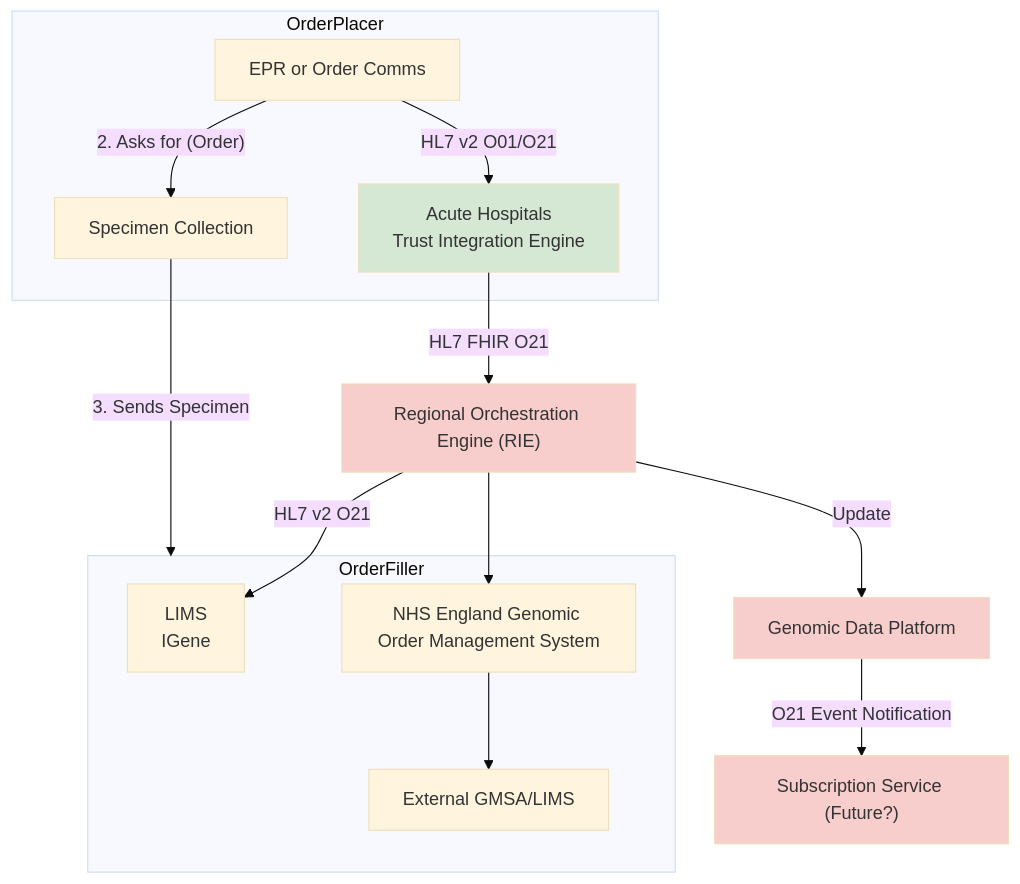
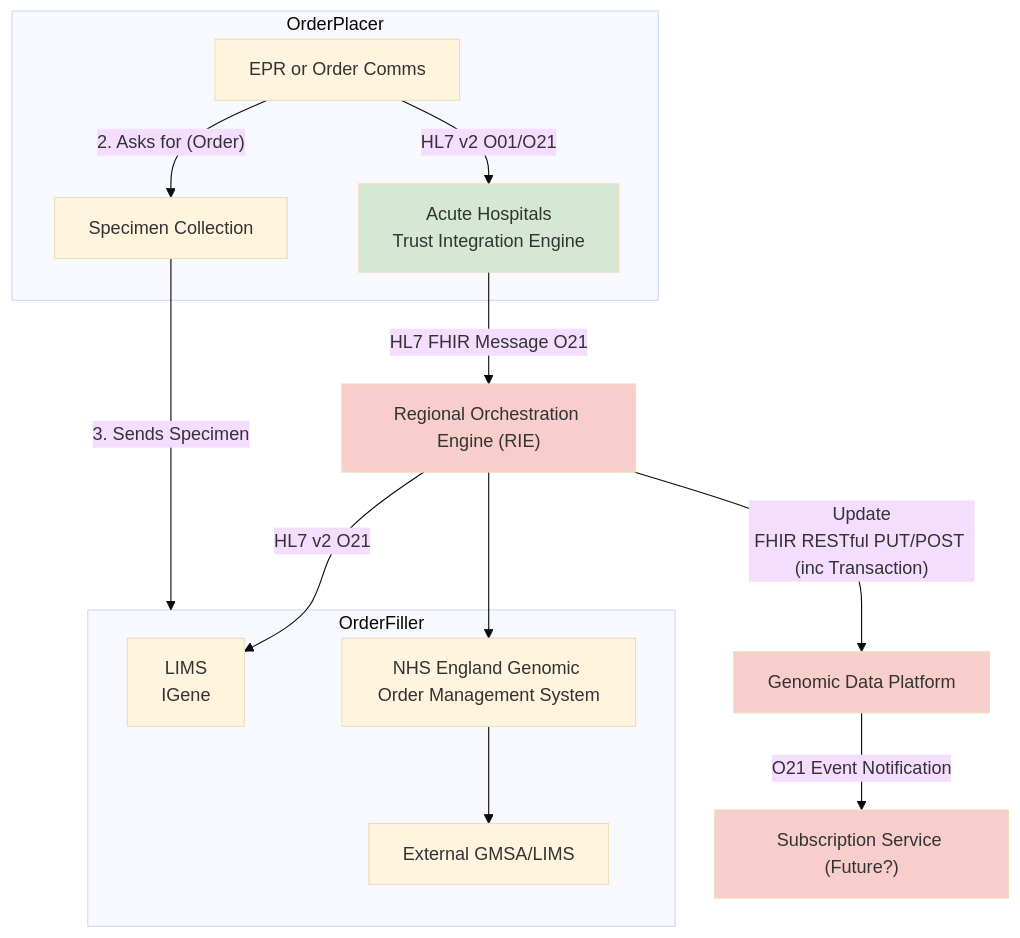
Before and after one commit to nw-gmsa/nw-gmsa.github.com: the third of 10 diagrams in input/pagecontent/LTW.md, drawn with Mermaid (base theme). The commit also changed other lines of this file, not shown here.

````diff
--- a/input/pagecontent/LTW.md
+++ b/input/pagecontent/LTW.md
@@ -91,35 +91,35 @@
 ```mermaid
 graph TD;
     subgraph OrderPlacer;
         EHR["EPR or Order Comms"] 
         SpecimenCollection[Specimen Collection]
         OR[Acute Hospitals<br/>Trust Integration Engine]
         EHR --> |HL7 v2 O01/O21| OR
         EHR --> |"2. Asks for (Order)"| SpecimenCollection    
     end
 
     RIE["Regional Orchestration Engine (RIE)"]
     GDP["Genomic Data Platform"]
     PubSub["Subscription Service (Future?)"]
 
     subgraph OrderFiller;
         iGene[LIMS<br/>IGene]
         GOMS["NHS England Genomic Order Management System"] 
         ExtLIMS[External GMSA/LIMS]
     end 
 
     SpecimenCollection[Specimen Collection] --> |3. Sends Specimen| OrderFiller
-    OR --> |HL7 FHIR O21| RIE
-    RIE --> |Update| GDP
+    OR --> |HL7 FHIR Message O21| RIE
+    RIE --> |"Update<br/>FHIR RESTful PUT/POST (inc Transaction)"| GDP
     RIE --> |HL7 v2 O21| iGene
     RIE --> GOMS
     GOMS --> ExtLIMS
     GDP --> |O21 Event Notification| PubSub
     
     classDef green fill:#D5E8D4;
     classDef yellow fill:#FFF2CC;
     classDef pink fill:#F8CECC;
     class RIE,GDP,PubSub pink;
     class OR green;
 
 ```
````
